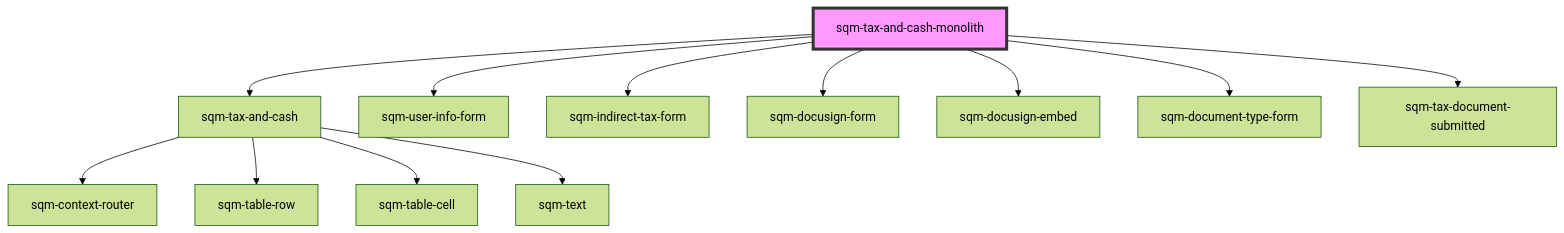
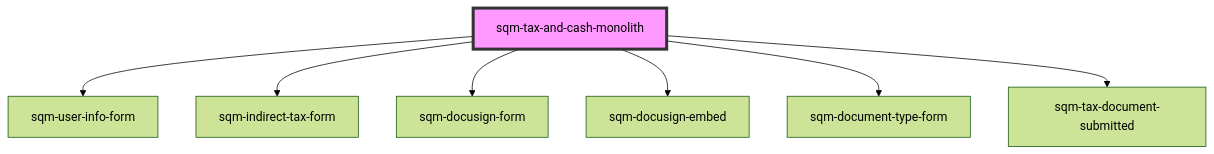
Before and after one commit to saasquatch/program-tools: the diagram in packages/mint-components/src/components/sqm-tax-and-cash-monolith/readme.md, drawn with Mermaid (forest theme). The commit also changed other lines of this file and 8 other files, not shown here.

````diff
--- a/packages/mint-components/src/components/sqm-tax-and-cash-monolith/readme.md
+++ b/packages/mint-components/src/components/sqm-tax-and-cash-monolith/readme.md
@@ -121,15 +121,10 @@
 ```mermaid
 graph TD;
-  sqm-tax-and-cash-monolith --> sqm-tax-and-cash
   sqm-tax-and-cash-monolith --> sqm-user-info-form
   sqm-tax-and-cash-monolith --> sqm-indirect-tax-form
   sqm-tax-and-cash-monolith --> sqm-docusign-form
   sqm-tax-and-cash-monolith --> sqm-docusign-embed
   sqm-tax-and-cash-monolith --> sqm-document-type-form
   sqm-tax-and-cash-monolith --> sqm-tax-document-submitted
-  sqm-tax-and-cash --> sqm-context-router
-  sqm-tax-and-cash --> sqm-table-row
-  sqm-tax-and-cash --> sqm-table-cell
-  sqm-tax-and-cash --> sqm-text
   style sqm-tax-and-cash-monolith fill:#f9f,stroke:#333,stroke-width:4px
 ```
````
